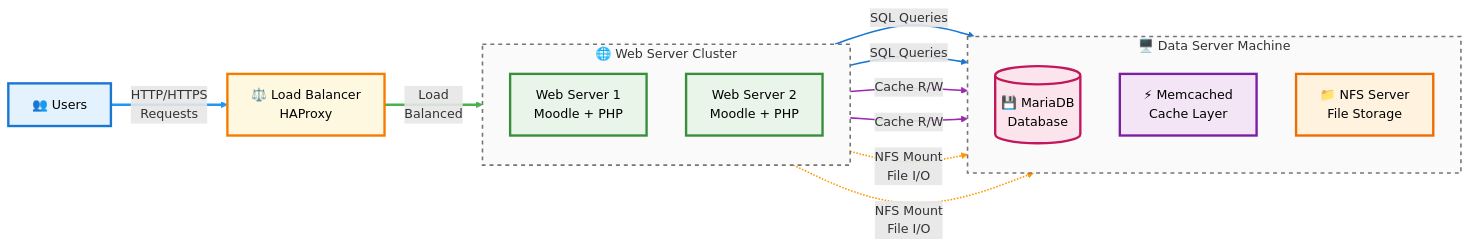
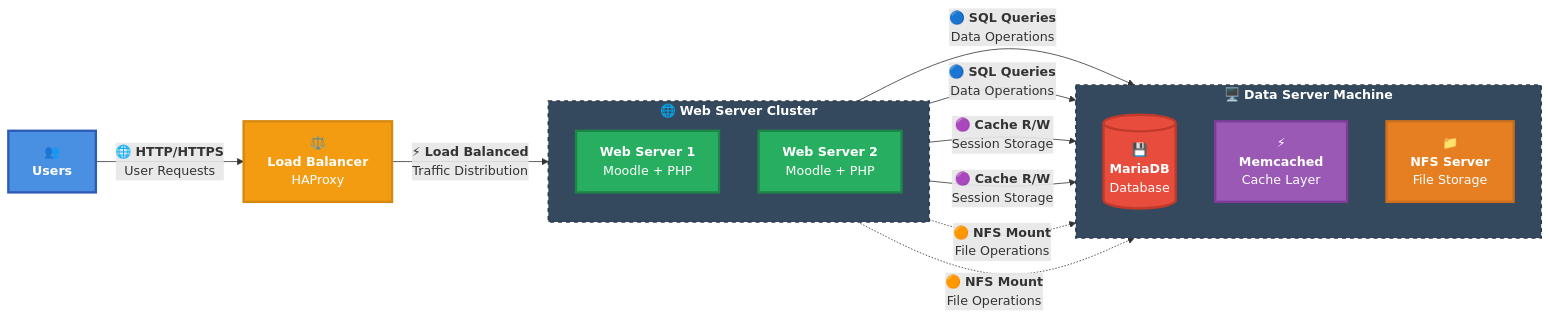
The diagram in README.md (karbovskii/moodle-vagrant-ansible), drawn with Mermaid before and after one commit.

Commit message:
Better visual clarity of a mermaid diagram for light/dark modes of Github UI

````diff
--- a/README.md
+++ b/README.md
@@ -26,65 +26,55 @@
 ```mermaid
 graph LR
-    %% Define nodes
-    U[👥 Users]
-    LB[⚖️ Load Balancer<br/>HAProxy]
+    %% Define nodes with GitHub dark/light mode optimized styling
+    U["👥<br/><b>Users</b>"]
+    LB["⚖️<br/><b>Load Balancer</b><br/>HAProxy"]
     
     %% Web servers positioned to minimize arrow crossing
-    subgraph WS_GROUP[🌐 Web Server Cluster]
+    subgraph WS_GROUP["🌐 <b>Web Server Cluster</b>"]
         direction TB
-        WS1[Web Server 1<br/>Moodle + PHP]
-        WS2[Web Server 2<br/>Moodle + PHP]
+        WS1["<b>Web Server 1</b><br/>Moodle + PHP"]
+        WS2["<b>Web Server 2</b><br/>Moodle + PHP"]
     end
     
     %% Data Server components with clear positioning
-    subgraph DS[🖥️ Data Server Machine]
+    subgraph DS["🖥️ <b>Data Server Machine</b>"]
         direction TB
-        DB[(💾 MariaDB<br/>Database)]
-        MC[⚡ Memcached<br/>Cache Layer]
-        NFS[📁 NFS Server<br/>File Storage]
+        DB[("💾<br/><b>MariaDB</b><br/>Database")]
+        MC["⚡<br/><b>Memcached</b><br/>Cache Layer"]
+        NFS["📁<br/><b>NFS Server</b><br/>File Storage"]
     end
 
-    %% Main traffic flow
-    U -->|HTTP/HTTPS<br/>Requests| LB
-    LB -->|Load<br/>Balanced| WS_GROUP
+    %% Main traffic flow with enhanced labels
+    U -->|"🌐 <b>HTTP/HTTPS</b><br/>User Requests"| LB
+    LB -->|"⚡ <b>Load Balanced</b><br/>Traffic Distribution"| WS_GROUP
     
-    %% Database connections (blue)
-    WS1 -->|SQL Queries| DB
-    WS2 -->|SQL Queries| DB
+    %% Database connections with enhanced styling
+    WS1 -->|"🔵 <b>SQL Queries</b><br/>Data Operations"| DB
+    WS2 -->|"🔵 <b>SQL Queries</b><br/>Data Operations"| DB
     
-    %% Cache connections (purple) 
-    WS1 -->|Cache R/W| MC
-    WS2 -->|Cache R/W| MC
+    %% Cache connections with enhanced styling
+    WS1 -->|"🟣 <b>Cache R/W</b><br/>Session Storage"| MC
+    WS2 -->|"🟣 <b>Cache R/W</b><br/>Session Storage"| MC
     
-    %% File storage connections (orange, dashed for NFS)
-    WS1 -.->|NFS Mount<br/>File I/O| NFS
-    WS2 -.->|NFS Mount<br/>File I/O| NFS
+    %% File storage connections (dashed for NFS)
+    WS1 -.->|"🟠 <b>NFS Mount</b><br/>File Operations"| NFS
+    WS2 -.->|"🟠 <b>NFS Mount</b><br/>File Operations"| NFS
 
-    %% Enhanced styling with better colors
-    classDef userClass fill:#e3f2fd,stroke:#1976d2,stroke-width:3px,color:#000
-    classDef loadBalancerClass fill:#fff8e1,stroke:#f57c00,stroke-width:3px,color:#000
-    classDef webserverClass fill:#e8f5e8,stroke:#388e3c,stroke-width:3px,color:#000
-    classDef databaseClass fill:#fce4ec,stroke:#c2185b,stroke-width:3px,color:#000
-    classDef cacheClass fill:#f3e5f5,stroke:#7b1fa2,stroke-width:3px,color:#000
-    classDef storageClass fill:#fff3e0,stroke:#ef6c00,stroke-width:3px,color:#000
-    classDef groupClass fill:#fafafa,stroke:#757575,stroke-width:2px,stroke-dasharray: 5 5
+    %% Enhanced styling optimized for both GitHub light and dark modes
+    classDef userClass fill:#4A90E2,stroke:#2E5BBA,stroke-width:3px,color:#FFFFFF
+    classDef loadBalancerClass fill:#F39C12,stroke:#D68910,stroke-width:3px,color:#FFFFFF
+    classDef webserverClass fill:#27AE60,stroke:#1E8449,stroke-width:3px,color:#FFFFFF
+    classDef databaseClass fill:#E74C3C,stroke:#C0392B,stroke-width:3px,color:#FFFFFF
+    classDef cacheClass fill:#9B59B6,stroke:#7D3C98,stroke-width:3px,color:#FFFFFF
+    classDef storageClass fill:#E67E22,stroke:#CA6F1E,stroke-width:3px,color:#FFFFFF
+    classDef groupClass fill:#34495E,stroke:#2C3E50,stroke-width:2px,color:#FFFFFF,stroke-dasharray: 5 5
 
-    %% Apply styling
+    %% Apply enhanced styling
     class U userClass
     class LB loadBalancerClass
     class WS1,WS2 webserverClass
     class DB databaseClass
     class MC cacheClass
     class NFS storageClass
     class DS,WS_GROUP groupClass
-
-    %% Connection styling
-    linkStyle 0 stroke:#2196f3,stroke-width:3px
-    linkStyle 1 stroke:#4caf50,stroke-width:3px
-    linkStyle 2 stroke:#1976d2,stroke-width:2px
-    linkStyle 3 stroke:#1976d2,stroke-width:2px
-    linkStyle 4 stroke:#9c27b0,stroke-width:2px
-    linkStyle 5 stroke:#9c27b0,stroke-width:2px
-    linkStyle 6 stroke:#ff9800,stroke-width:2px
-    linkStyle 7 stroke:#ff9800,stroke-width:2px
 ```
````
